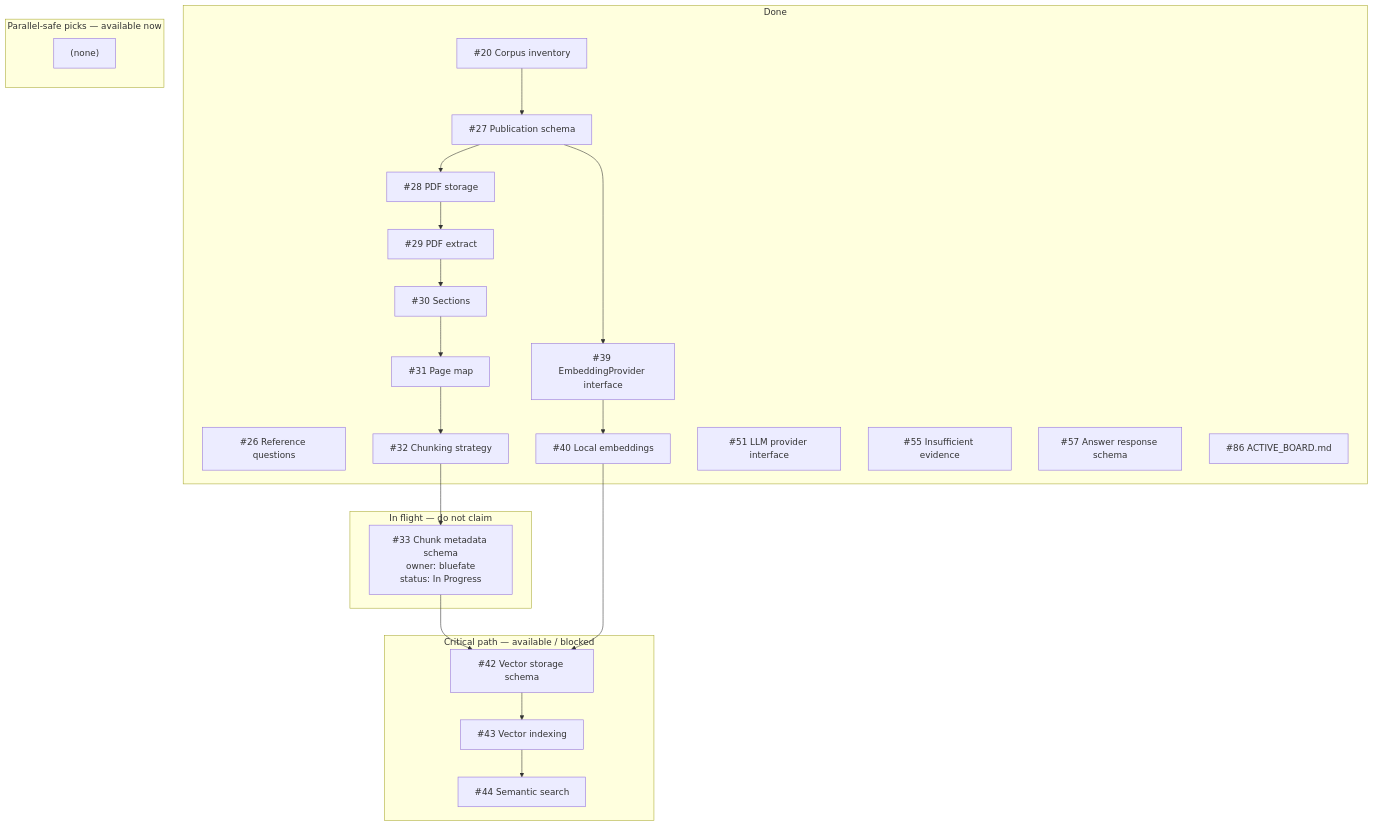
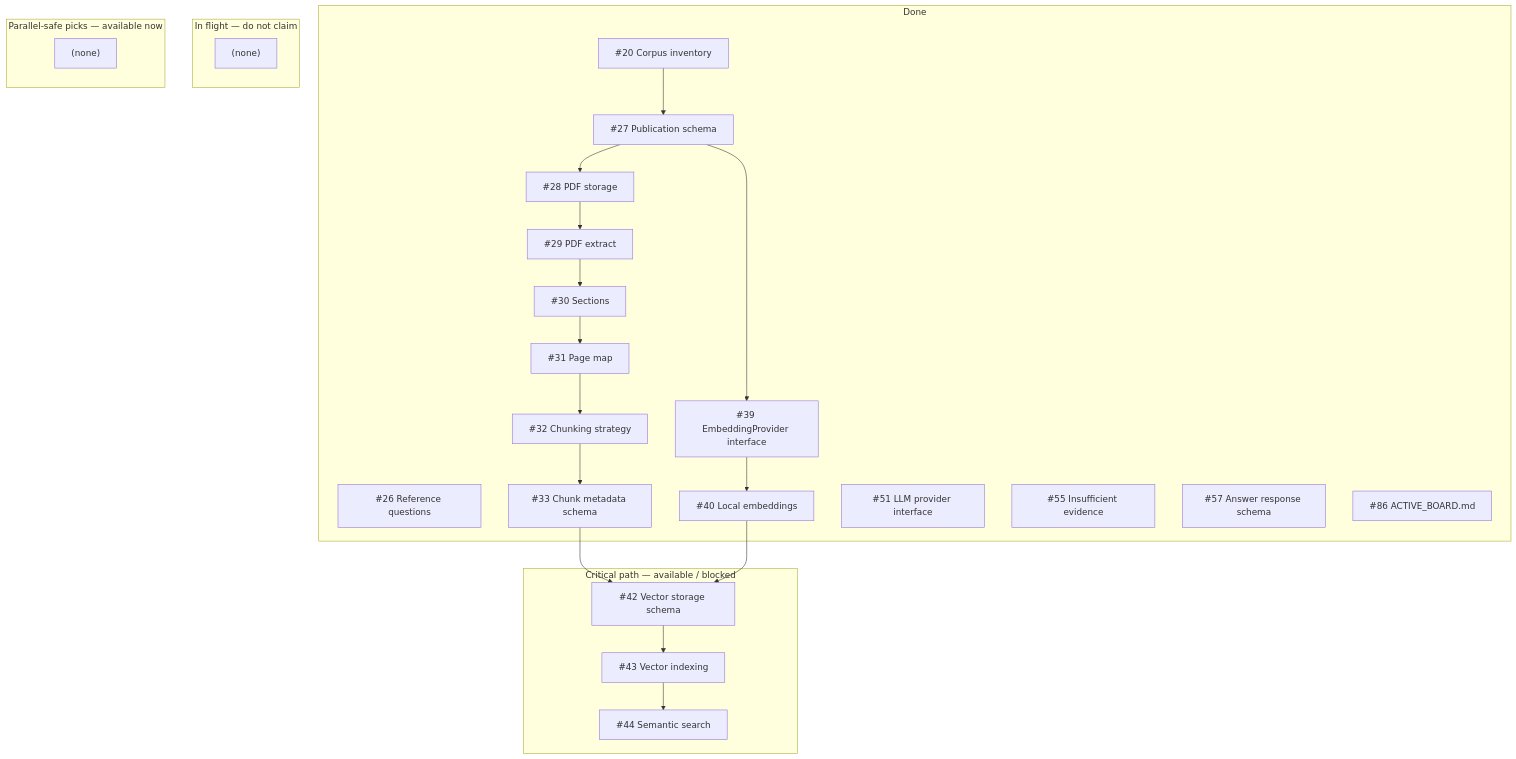
The diagram in docs/development/ACTIVE_BOARD.md (bluefate/spacebio-evidence-engine), drawn with Mermaid before and after one commit. The commit also changed other lines of this file and 7 other files, not shown here.

````diff
--- a/docs/development/ACTIVE_BOARD.md
+++ b/docs/development/ACTIVE_BOARD.md
@@ -62,43 +62,44 @@
 ```mermaid
 flowchart TB
   subgraph done [Done]
     i20["#20 Corpus inventory"]
     i26["#26 Reference questions"]
     i27["#27 Publication schema"]
     i28["#28 PDF storage"]
     i29["#29 PDF extract"]
     i30["#30 Sections"]
     i31["#31 Page map"]
     i32["#32 Chunking strategy"]
+    i33["#33 Chunk metadata schema"]
     i39["#39 EmbeddingProvider interface"]
     i40["#40 Local embeddings"]
     i51["#51 LLM provider interface"]
     i55["#55 Insufficient evidence"]
     i57["#57 Answer response schema"]
     i86["#86 ACTIVE_BOARD.md"]
   end
   subgraph inflight [In flight — do not claim]
-    i33["#33 Chunk metadata schema<br/>owner: bluefate<br/>status: In Progress"]
+    inflight_empty["(none)"]
   end
   subgraph nextCritical [Critical path — available / blocked]
     i42["#42 Vector storage schema"]
     i43["#43 Vector indexing"]
     i44["#44 Semantic search"]
   end
   subgraph nextParallel [Parallel-safe picks — available now]
     nextParallel_empty["(none)"]
   end
   i20 --> i27
   i27 --> i28
   i28 --> i29
   i29 --> i30
   i30 --> i31
   i31 --> i32
   i32 --> i33
   i33 --> i42
   i27 --> i39
   i39 --> i40
   i40 --> i42
   i42 --> i43
   i43 --> i44
 ```
````
